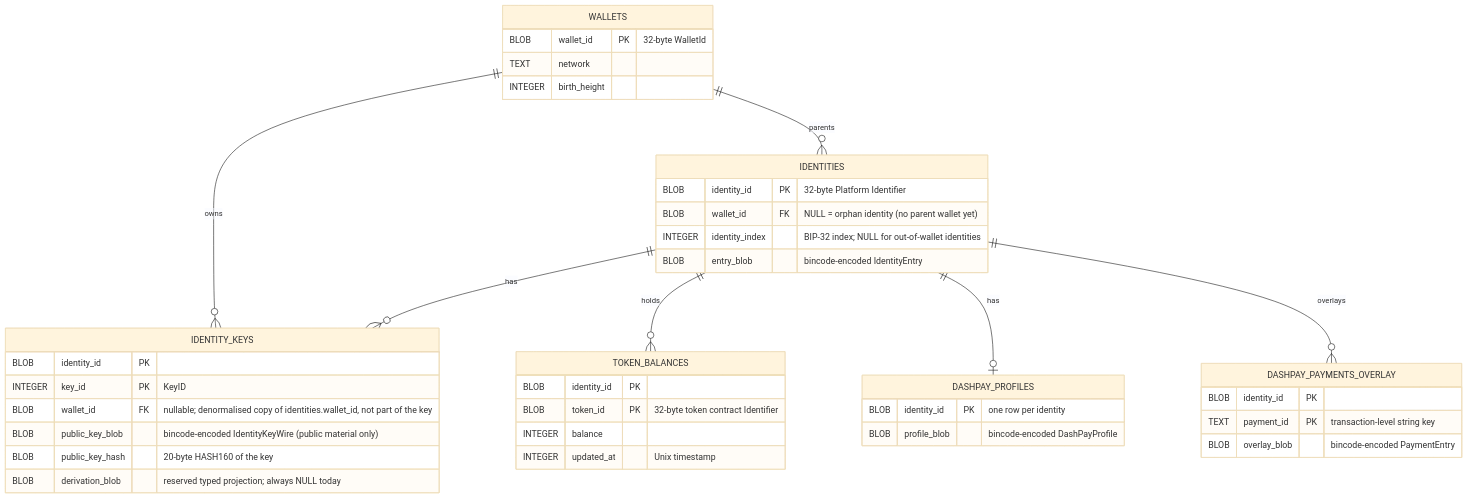
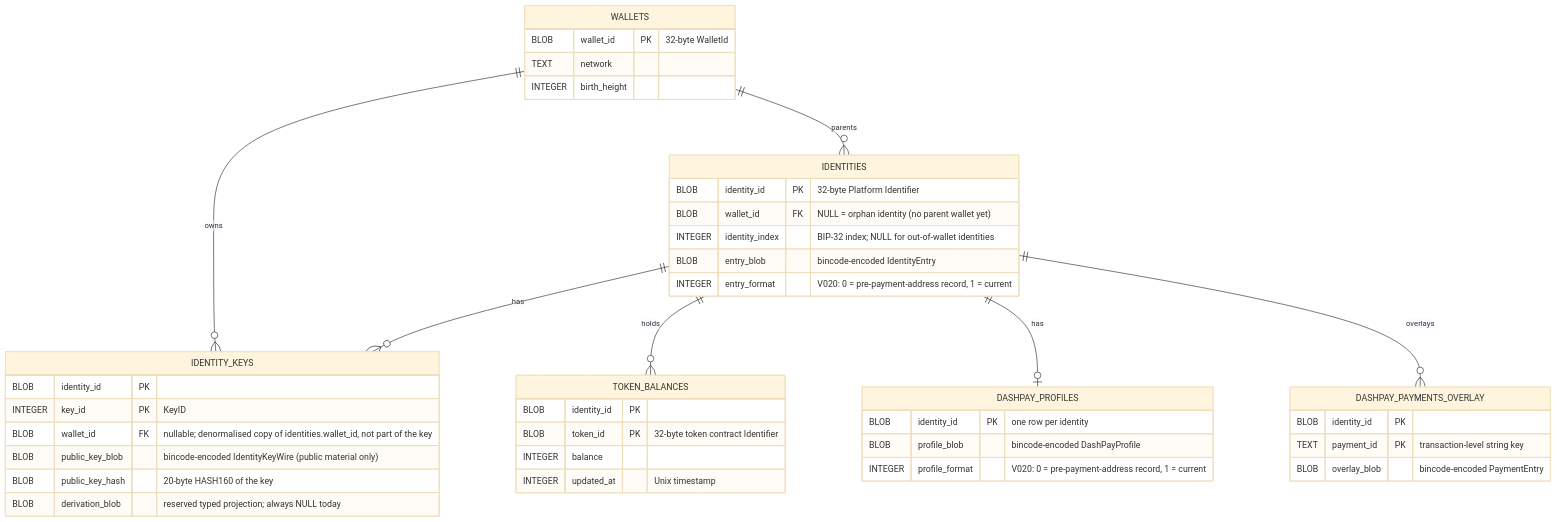
The second of 5 diagrams in packages/rs-platform-wallet-storage/SCHEMA.md (dashpay/platform), drawn with Mermaid (base theme) before and after one commit. The commit also changed other lines of this file and 114 other files, not shown here.

````diff
--- a/packages/rs-platform-wallet-storage/SCHEMA.md
+++ b/packages/rs-platform-wallet-storage/SCHEMA.md
@@ -115,49 +115,51 @@
 ```mermaid
 erDiagram
     WALLETS ||--o{ IDENTITIES : "parents"
     WALLETS ||--o{ IDENTITY_KEYS : "owns"
     IDENTITIES ||--o{ IDENTITY_KEYS : "has"
     IDENTITIES ||--o{ TOKEN_BALANCES : "holds"
     IDENTITIES ||--o| DASHPAY_PROFILES : "has"
     IDENTITIES ||--o{ DASHPAY_PAYMENTS_OVERLAY : "overlays"
 
     WALLETS {
         BLOB wallet_id PK "32-byte WalletId"
         TEXT network
         INTEGER birth_height
     }
 
     IDENTITIES {
         BLOB identity_id PK "32-byte Platform Identifier"
         BLOB wallet_id FK "NULL = orphan identity (no parent wallet yet)"
         INTEGER identity_index "BIP-32 index; NULL for out-of-wallet identities"
         BLOB entry_blob "bincode-encoded IdentityEntry"
+        INTEGER entry_format "V020: 0 = pre-payment-address record, 1 = current"
     }
 
     IDENTITY_KEYS {
         BLOB identity_id PK
         INTEGER key_id PK "KeyID"
         BLOB wallet_id FK "nullable; denormalised copy of identities.wallet_id, not part of the key"
         BLOB public_key_blob "bincode-encoded IdentityKeyWire (public material only)"
         BLOB public_key_hash "20-byte HASH160 of the key"
         BLOB derivation_blob "reserved typed projection; always NULL today"
     }
 
     TOKEN_BALANCES {
         BLOB identity_id PK
         BLOB token_id PK "32-byte token contract Identifier"
         INTEGER balance
         INTEGER updated_at "Unix timestamp"
     }
 
     DASHPAY_PROFILES {
         BLOB identity_id PK "one row per identity"
         BLOB profile_blob "bincode-encoded DashPayProfile"
+        INTEGER profile_format "V020: 0 = pre-payment-address record, 1 = current"
     }
 
     DASHPAY_PAYMENTS_OVERLAY {
         BLOB identity_id PK
         TEXT payment_id PK "transaction-level string key"
         BLOB overlay_blob "bincode-encoded PaymentEntry"
     }
 ```
````
